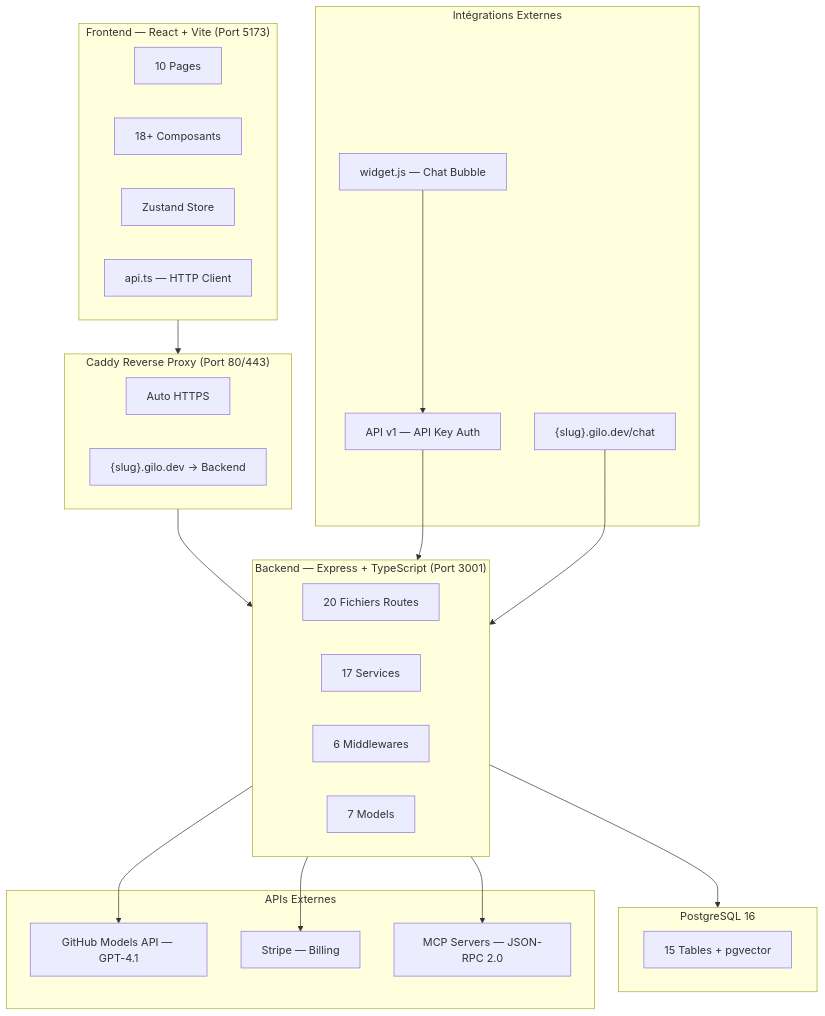
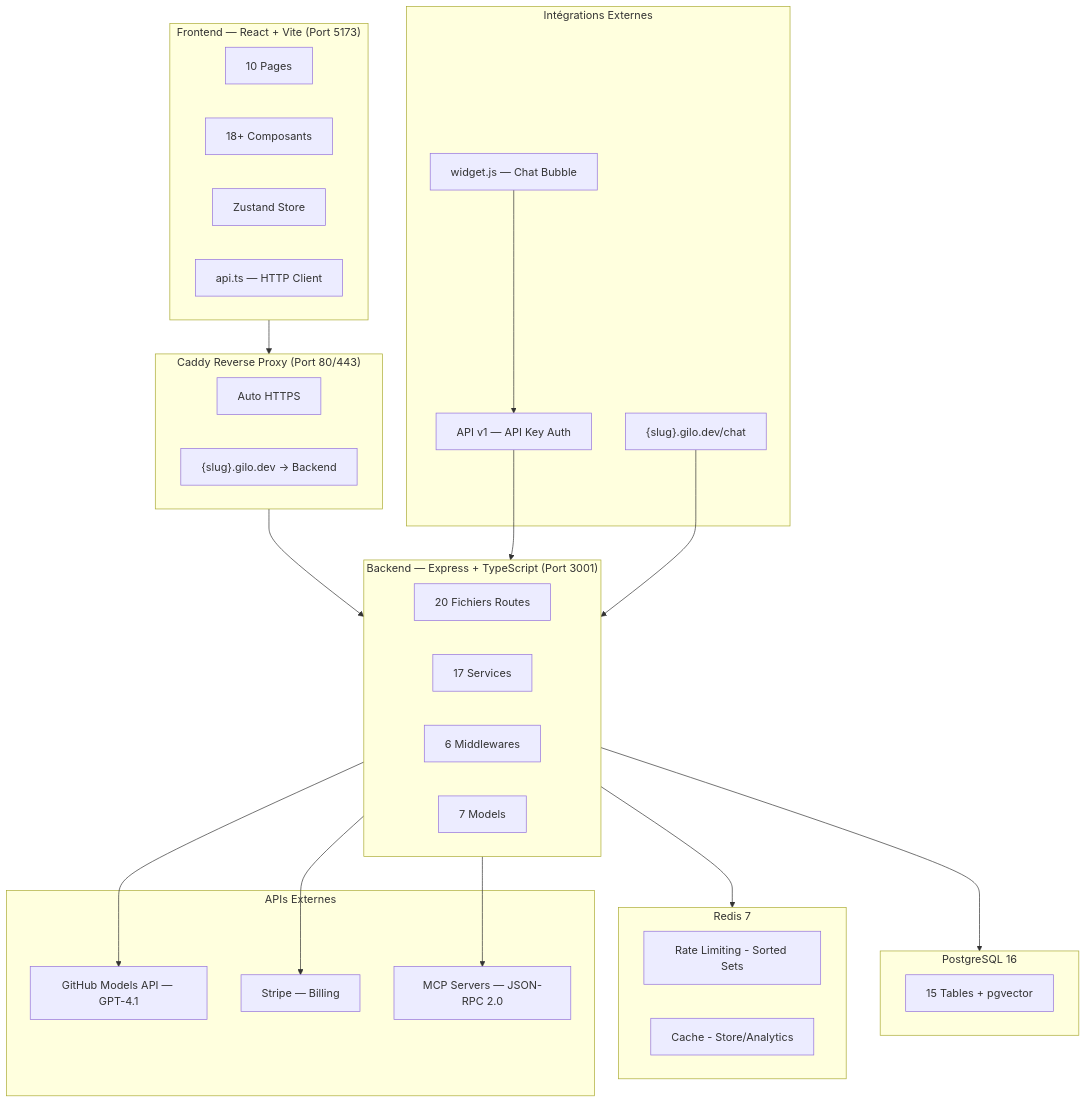
One commit to axilum2025/sturdy-pancake changed the diagram in ARCHITECTURE.md. Above: the diagram before and after it, drawn with Mermaid. The commit also changed other lines of this file and 11 other files, not shown here.

First line of the commit message:
feat: Redis cache + persistent rate limiting (Phase 10)

````diff
--- a/ARCHITECTURE.md
+++ b/ARCHITECTURE.md
@@ -13,45 +13,51 @@
 ```mermaid
 flowchart TB
     subgraph Frontend["Frontend — React + Vite (Port 5173)"]
         Pages[10 Pages]
         Components[18+ Composants]
         State[Zustand Store]
         API[api.ts — HTTP Client]
     end
 
     subgraph Caddy["Caddy Reverse Proxy (Port 80/443)"]
         SSL[Auto HTTPS]
         Subdomain["{slug}.gilo.dev → Backend"]
     end
 
     subgraph Backend["Backend — Express + TypeScript (Port 3001)"]
         Routes[20 Fichiers Routes]
         Services[17 Services]
         Middleware[6 Middlewares]
         Models[7 Models]
     end
 
     subgraph Database["PostgreSQL 16"]
         Tables[15 Tables + pgvector]
     end
 
+    subgraph Cache["Redis 7"]
+        RateLimit[Rate Limiting - Sorted Sets]
+        CacheLayer[Cache - Store/Analytics]
+    end
+
     subgraph External["APIs Externes"]
         GitHub[GitHub Models API — GPT-4.1]
         Stripe[Stripe — Billing]
         MCP[MCP Servers — JSON-RPC 2.0]
     end
 
     subgraph Embed["Intégrations Externes"]
         Widget[widget.js — Chat Bubble]
         PublicAPI[API v1 — API Key Auth]
         SubdomainChat["{slug}.gilo.dev/chat"]
     end
 
     Frontend --> Caddy --> Backend
     Backend --> Database
+    Backend --> Cache
     Backend --> GitHub
     Backend --> Stripe
     Backend --> MCP
     Widget --> PublicAPI --> Backend
     SubdomainChat --> Backend
 ```
````
